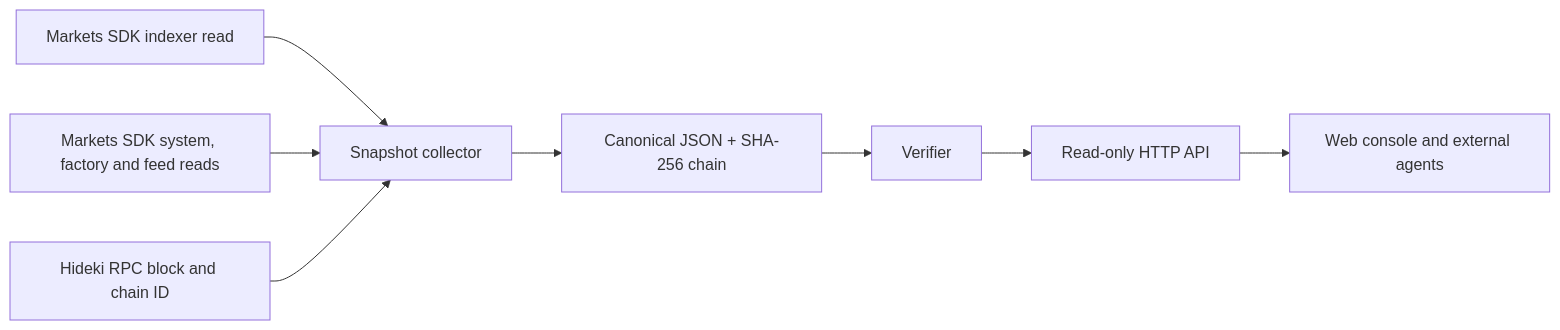
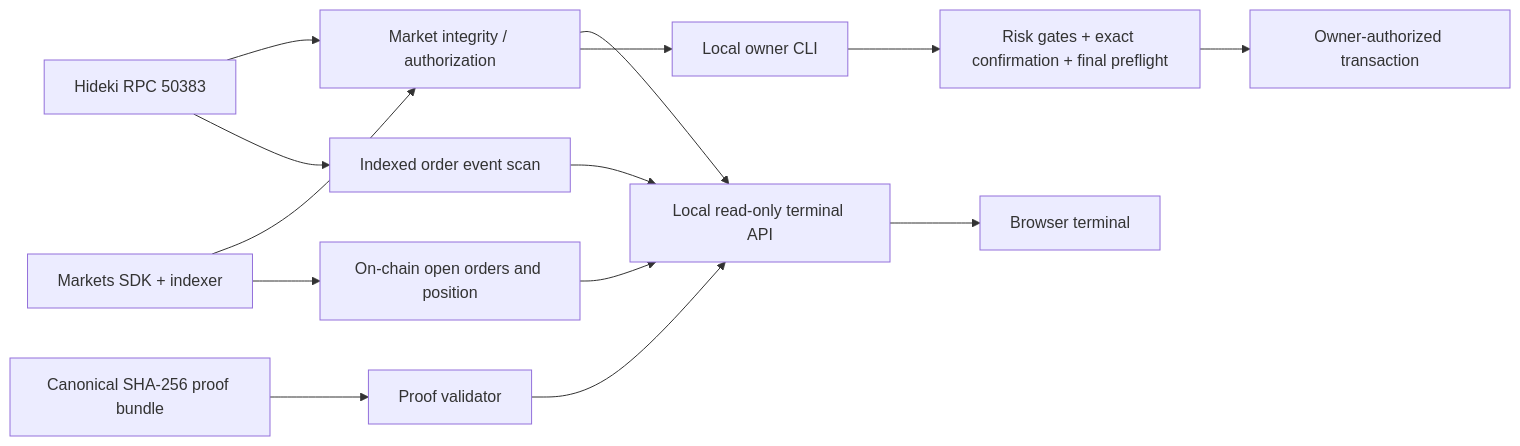
Before and after one commit to chapaevv123/perp-canary: the diagram in docs/architecture.md, drawn with Mermaid. The commit also changed other lines of this file and 14 other files, not shown here.

Commit message:
M4.2 build read-only terminal and verified first-order demo

````diff
--- a/docs/architecture.md
+++ b/docs/architecture.md
@@ -3,10 +3,16 @@
 ```mermaid
 flowchart LR
-    I[Markets SDK indexer read] --> C[Snapshot collector]
-    W[Markets SDK system, factory and feed reads] --> C
-    R[Hideki RPC block and chain ID] --> C
-    C --> E[Canonical JSON + SHA-256 chain]
-    E --> V[Verifier]
-    V --> A[Read-only HTTP API]
-    A --> U[Web console and external agents]
+  SDK[Markets SDK + indexer] --> M[Market integrity / authorization]
+  RPC[Hideki RPC 50383] --> M
+  RPC --> H[Indexed order event scan]
+  SDK --> O[On-chain open orders and position]
+  P[Canonical SHA-256 proof bundle] --> V[Proof validator]
+  M --> API[Local read-only terminal API]
+  H --> API
+  O --> API
+  V --> API
+  API --> UI[Browser terminal]
+  M --> CLI[Local owner CLI]
+  CLI --> G[Risk gates + exact confirmation + final preflight]
+  G --> E[Owner-authorized transaction]
 ```
````
